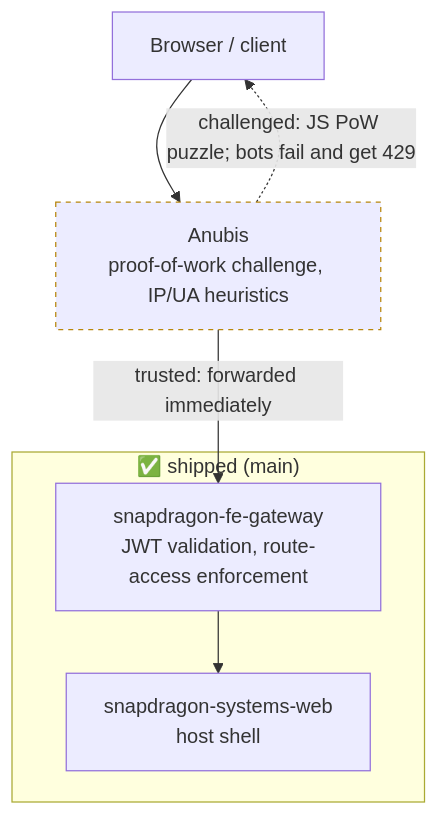
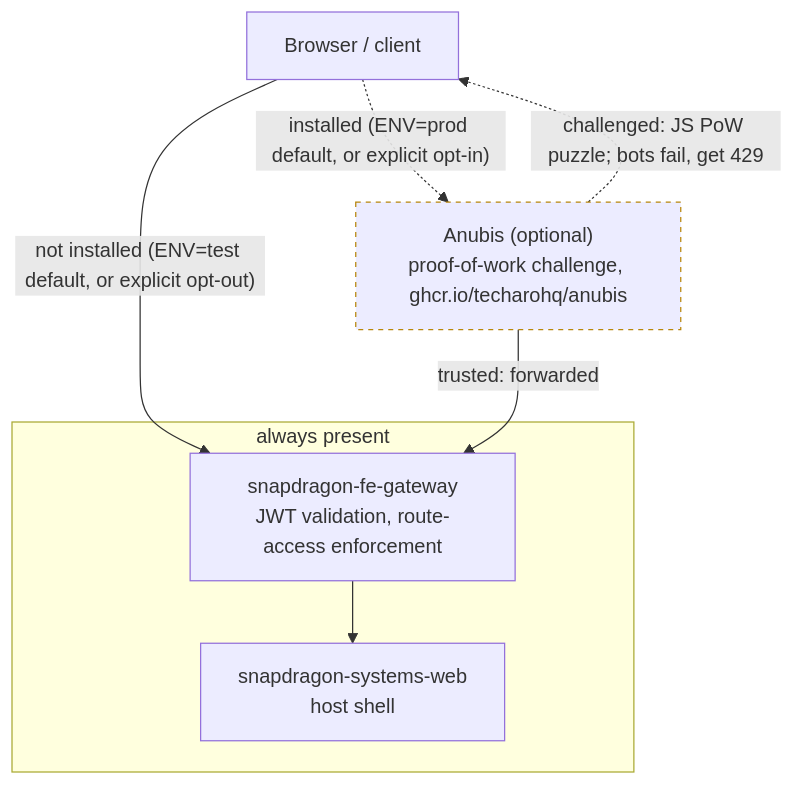
One commit to hugmesh/hugmesh-fe-gateway changed the third of 3 diagrams in README.md. Above: the diagram before and after it, drawn with Mermaid. The commit also changed other lines of this file and 2 other files, not shown here.

````diff
--- a/README.md
+++ b/README.md
@@ -293,20 +377,21 @@
 ```mermaid
 flowchart TD
     client["Browser / client"]
-    anubis["Anubis<br/>proof-of-work challenge, IP/UA heuristics"]
+    anubis["Anubis (optional)<br/>proof-of-work challenge, ghcr.io/techarohq/anubis"]
     feg["snapdragon-fe-gateway<br/>JWT validation, route-access enforcement"]
     web["snapdragon-systems-web<br/>host shell"]
 
-    client --> anubis
-    anubis -->|"trusted: forwarded immediately"| feg
-    anubis -.->|"challenged: JS PoW puzzle; bots fail and get 429"| client
+    client -.->|"installed (ENV=prod default, or explicit opt-in)"| anubis
+    client -->|"not installed (ENV=test default, or explicit opt-out)"| feg
+    anubis -->|"trusted: forwarded"| feg
+    anubis -.->|"challenged: JS PoW puzzle; bots fail, get 429"| client
     feg --> web
 
-    subgraph shipped["✅ shipped (main)"]
+    subgraph shipped["always present"]
         feg
         web
     end
 
-    classDef planned stroke-dasharray:4,stroke:#b8860b
-    class anubis planned
+    classDef optional stroke-dasharray:4,stroke:#b8860b
+    class anubis optional
 ```
````
